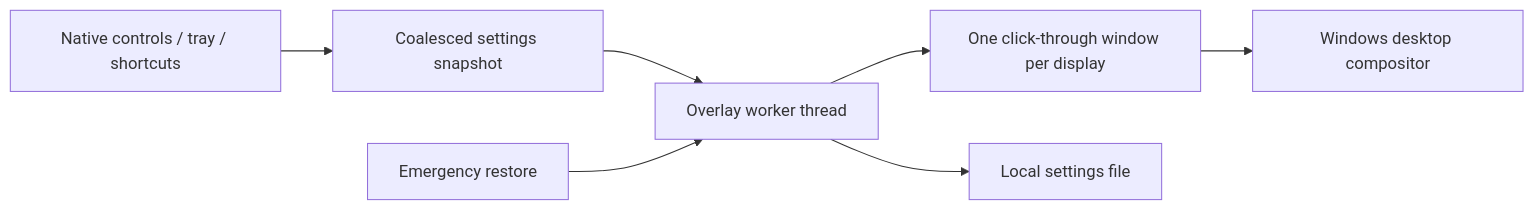
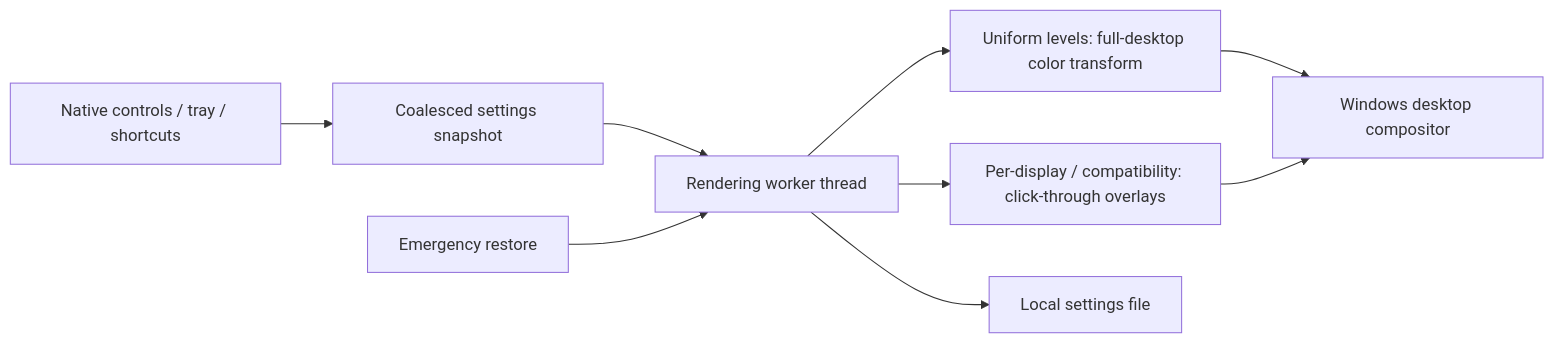
The diagram in README.md (shardapps/screen), drawn with Mermaid before and after one commit. The commit also changed other lines of this file and 29 other files, not shown here.

Commit message:
fix: dim full-screen desktop output beyond overlay window order

````diff
--- a/README.md
+++ b/README.md
@@ -72,9 +72,11 @@
 ```mermaid
 flowchart LR
     A[Native controls / tray / shortcuts] --> B[Coalesced settings snapshot]
-    B --> C[Overlay worker thread]
-    C --> D[One click-through window per display]
+    B --> C[Rendering worker thread]
+    C --> H[Uniform levels: full-desktop color transform]
+    C --> D[Per-display / compatibility: click-through overlays]
+    H --> E
     D --> E[Windows desktop compositor]
     C --> F[Local settings file]
     G[Emergency restore] --> C
 ```
````
